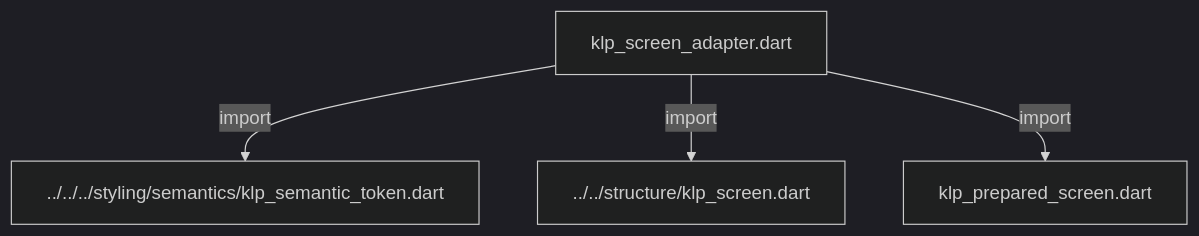
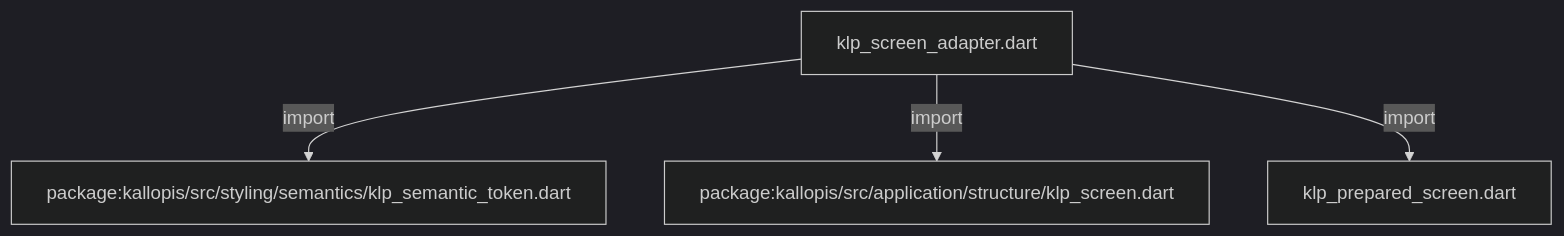
Before and after one commit to MiuDog/Kallopis: the second of 4 diagrams in docs/architecture/src/application/bootstrap/internal/klp_screen_adapter.md, drawn with Mermaid (dark theme). The commit also changed other lines of this file and 9688 other files, not shown here.

Commit message:
Prepare isolated Flow F2 peer baseline

````diff
--- a/docs/architecture/src/application/bootstrap/internal/klp_screen_adapter.md
+++ b/docs/architecture/src/application/bootstrap/internal/klp_screen_adapter.md
@@ -38,10 +38,10 @@
 ```mermaid
 flowchart TD
 	n0["klp_screen_adapter.dart"]
-	n1["../../../styling/semantics/klp_semantic_token.dart"]
-	n2["../../structure/klp_screen.dart"]
+	n1["package:kallopis/src/styling/semantics/klp_semantic_token.dart"]
+	n2["package:kallopis/src/application/structure/klp_screen.dart"]
 	n3["klp_prepared_screen.dart"]
 	n0 -->|"import"| n1
 	n0 -->|"import"| n2
 	n0 -->|"import"| n3
 ```
````
